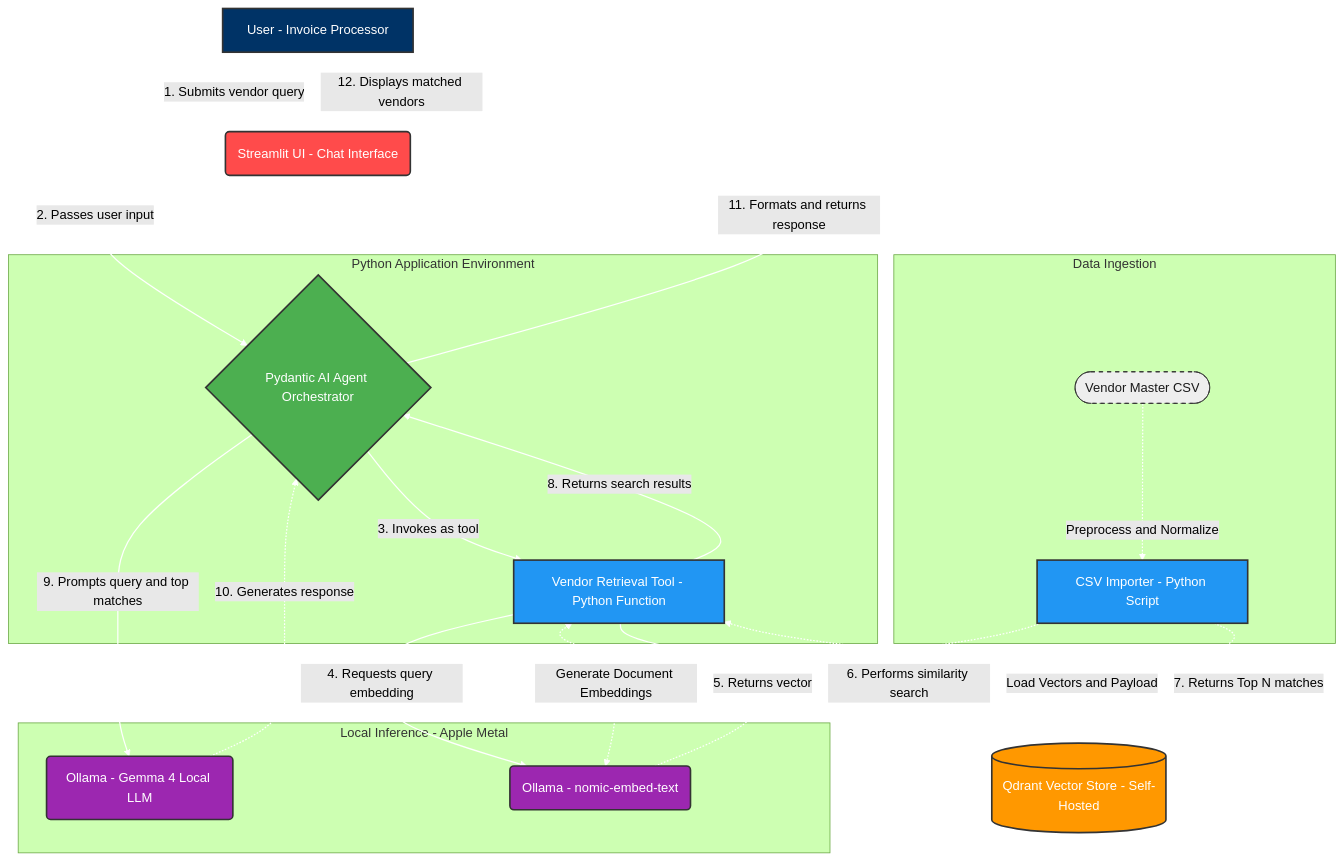
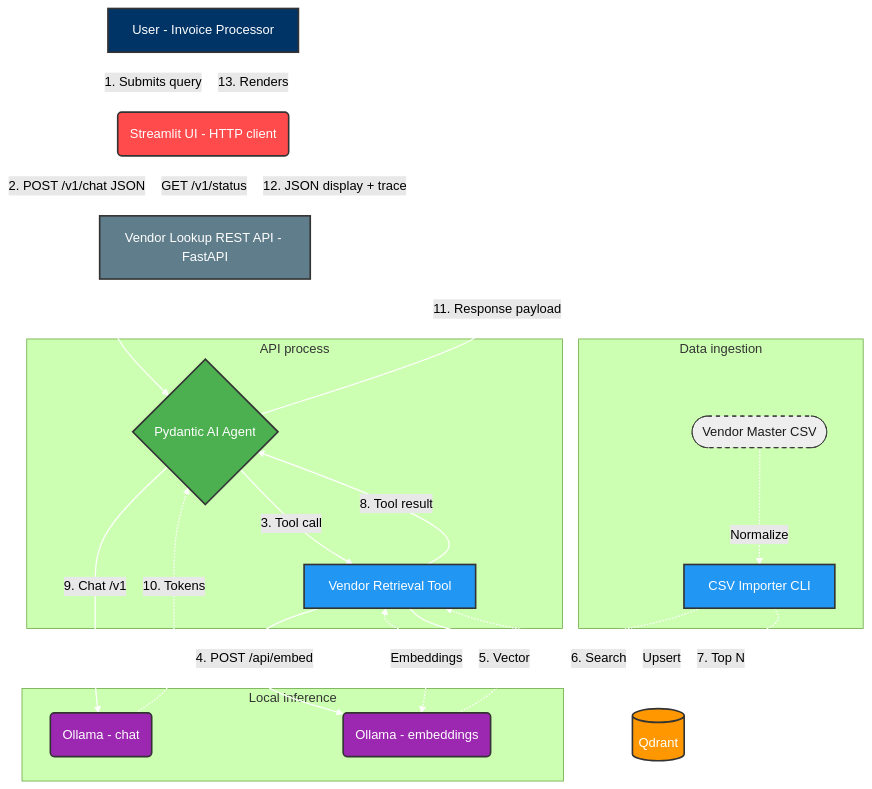
Before and after one commit to deepanbiswas/vendor-lookup-rag: the first of 2 diagrams in docs/architecture.md, drawn with Mermaid (forest theme). The commit also changed other lines of this file and 23 other files, not shown here.

First line of the commit message:
feat: FastAPI vendor REST layer and Streamlit HTTP client

````diff
--- a/docs/architecture.md
+++ b/docs/architecture.md
@@ -50,65 +56,55 @@
 ```mermaid
 graph TD
-    %% Styling Definitions
     classDef user fill:#003366,stroke:#333,stroke-width:2px,color:#fff;
     classDef ui fill:#ff4b4b,stroke:#333,stroke-width:2px,color:#fff;
+    classDef api fill:#607d8b,stroke:#333,stroke-width:2px,color:#fff;
     classDef agent fill:#4caf50,stroke:#333,stroke-width:2px,color:#fff;
     classDef tool fill:#2196f3,stroke:#333,stroke-width:2px,color:#fff;
     classDef llm fill:#9c27b0,stroke:#333,stroke-width:2px,color:#fff;
     classDef db fill:#ff9800,stroke:#333,stroke-width:2px,color:#fff;
     classDef file fill:#eee,stroke:#333,stroke-width:1px,color:#1a1a1a,stroke-dasharray: 5 5;
 
-    %% User
     U[User - Invoice Processor]:::user
+    UI(Streamlit UI - HTTP client):::ui
+    REST[Vendor Lookup REST API - FastAPI]:::api
 
-    %% Streamlit UI
-    UI(Streamlit UI - Chat Interface):::ui
-
-    %% Orchestration Layer
-    subgraph Python Application Environment
-        A{Pydantic AI Agent Orchestrator}:::agent
-        T[Vendor Retrieval Tool - Python Function]:::tool
+    subgraph apiProc [API process]
+        A{Pydantic AI Agent}:::agent
+        T[Vendor Retrieval Tool]:::tool
     end
 
-    %% Local Inference Server
-    subgraph Local Inference - Apple Metal
-        O_LLM(Ollama - Gemma 4 Local LLM):::llm
-        O_EMB(Ollama - nomic-embed-text):::llm
+    subgraph LocalInference [Local inference]
+        O_LLM(Ollama - chat):::llm
+        O_EMB(Ollama - embeddings):::llm
     end
 
-    %% Database
-    DB[(Qdrant Vector Store - Self-Hosted)]:::db
+    DB[(Qdrant)]:::db
 
-    %% Offline Data Ingestion Pipeline
-    subgraph Data Ingestion
+    subgraph DataIngestion [Data ingestion]
         CSV_File([Vendor Master CSV]):::file
-        Ingest[CSV Importer - Python Script]:::tool
+        Ingest[CSV Importer CLI]:::tool
     end
 
-    %% Live RAG Workflow Connections
-    U -->|1. Submits vendor query| UI
-    UI -->|2. Passes user input| A
+    U -->|1. Submits query| UI
+    UI -->|2. POST /v1/chat JSON| REST
+    REST --> A
+    A -->|3. Tool call| T
+    T -->|4. POST /api/embed| O_EMB
+    O_EMB -.->|5. Vector| T
+    T -->|6. Search| DB
+    DB -.->|7. Top N| T
+    T -->|8. Tool result| A
+    A -->|9. Chat /v1| O_LLM
+    O_LLM -.->|10. Tokens| A
+    A -->|11. Response payload| REST
+    REST -->|12. JSON display + trace| UI
+    UI -->|13. Renders| U
 
-    A -->|3. Invokes as tool| T
-    T -->|4. Requests query embedding| O_EMB
-    O_EMB -.->|5. Returns vector| T
+    UI -.->|GET /v1/status| REST
 
-    T -->|6. Performs similarity search| DB
-    DB -.->|7. Returns Top N matches| T
+    CSV_File -.->|Normalize| Ingest
+    Ingest -.->|Embeddings| O_EMB
+    Ingest -.->|Upsert| DB
 
-    T -->|8. Returns search results| A
-
-    A -->|9. Prompts query and top matches| O_LLM
-    O_LLM -.->|10. Generates response| A
-
-    A -->|11. Formats and returns response| UI
-    UI -->|12. Displays matched vendors| U
-
-    %% Ingestion Workflow Connections
-    CSV_File -.->|Preprocess and Normalize| Ingest
-    Ingest -.->|Generate Document Embeddings| O_EMB
-    Ingest -.->|Load Vectors and Payload| DB
-
-    %% Link styles (white strokes for visibility on dark backgrounds)
     linkStyle default stroke:#fff,stroke-width:1.5px;
 ```
````
